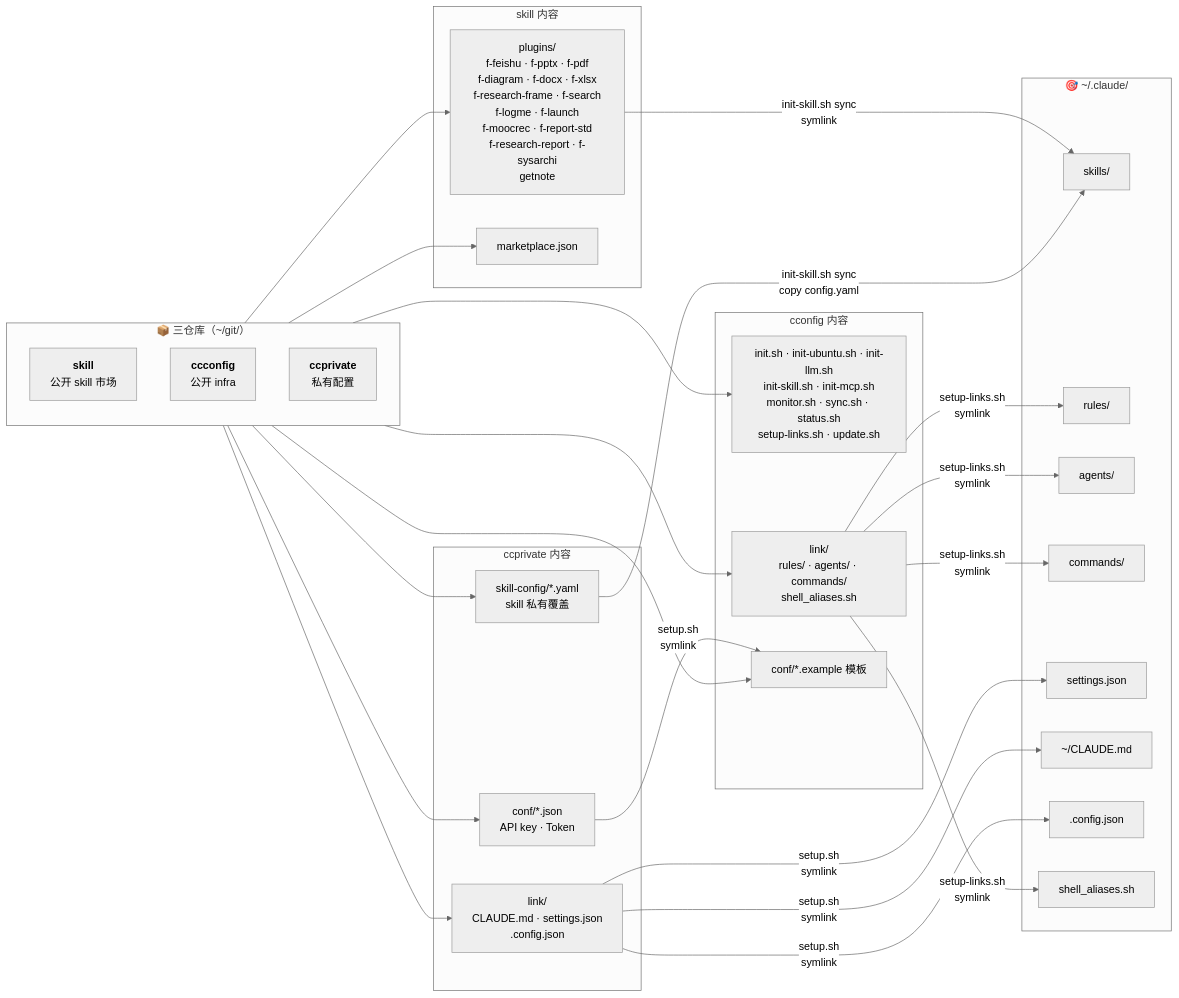
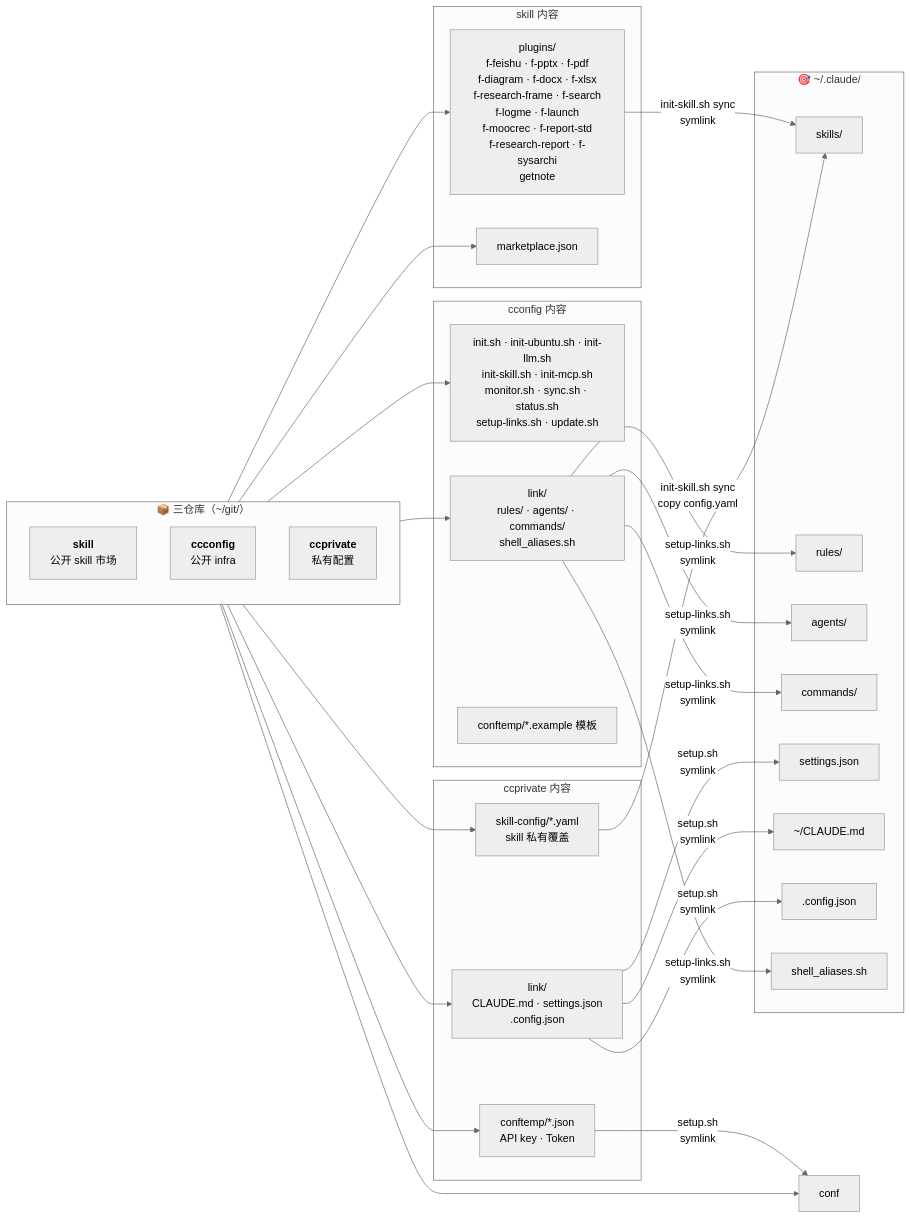
One commit to mengfanchun2017/ccconfig changed the diagram in README.md. Above: the diagram before and after it, drawn with Mermaid (neutral theme). The commit also changed other lines of this file and 51 other files, not shown here.

First line of the commit message:
refactor: ccconfig 结构梳理 — remote→option-remote, conf→conftemp, 子脚本入lib/, maintain.sh统一入口

````diff
--- a/README.md
+++ b/README.md
@@ -39,57 +39,57 @@
 ```mermaid
 flowchart LR
   subgraph repos["📦 三仓库（~/git/）"]
     direction TB
     skills["<b>skill</b><br/>公开 skill 市场"]
     ccconfig["<b>ccconfig</b><br/>公开 infra"]
     ccprivate["<b>ccprivate</b><br/>私有配置"]
   end
 
   subgraph skills_content["skill 内容"]
     plugins["plugins/<br/>f-feishu · f-pptx · f-pdf<br/>f-diagram · f-docx · f-xlsx<br/>f-research-frame · f-search<br/>f-logme · f-launch<br/>f-moocrec · f-report-std<br/>f-research-report · f-sysarchi<br/>getnote"]
     marketplace["marketplace.json"]
   end
 
   subgraph cc_content["cconfig 内容"]
     scripts["init.sh · init-ubuntu.sh · init-llm.sh<br/>init-skill.sh · init-mcp.sh<br/>monitor.sh · sync.sh · status.sh<br/>setup-links.sh · update.sh"]
     link["link/<br/>rules/ · agents/ · commands/<br/>shell_aliases.sh"]
-    conf["conf/*.example 模板"]
+    conftemp["conftemp/*.example 模板"]
   end
 
   subgraph ccprivate_content["ccprivate 内容"]
-    secrets["conf/*.json<br/>API key · Token"]
+    secrets["conftemp/*.json<br/>API key · Token"]
     personal["link/<br/>CLAUDE.md · settings.json<br/>.config.json"]
     overlay["skill-config/*.yaml<br/>skill 私有覆盖"]
   end
 
   subgraph target["🎯 ~/.claude/"]
     skills_dir["skills/"]
     rules_dir["rules/"]
     agents_dir["agents/"]
     commands_dir["commands/"]
     settings["settings.json"]
     claude_md["~/CLAUDE.md"]
     config_json[".config.json"]
     shell_aliases["shell_aliases.sh"]
   end
 
   skills --> plugins
   skills --> marketplace
   ccconfig --> scripts
   ccconfig --> link
   ccconfig --> conf
   ccprivate --> secrets
   ccprivate --> personal
   ccprivate --> overlay
 
   plugins -- "init-skill.sh sync<br/>symlink" --> skills_dir
   overlay -- "init-skill.sh sync<br/>copy config.yaml" --> skills_dir
   link -- "setup-links.sh<br/>symlink" --> rules_dir
   link -- "setup-links.sh<br/>symlink" --> agents_dir
   link -- "setup-links.sh<br/>symlink" --> commands_dir
   personal -- "setup.sh<br/>symlink" --> settings
   personal -- "setup.sh<br/>symlink" --> claude_md
   personal -- "setup.sh<br/>symlink" --> config_json
   secrets -- "setup.sh<br/>symlink" --> conf
   link -- "setup-links.sh<br/>symlink" --> shell_aliases
 ```
````
